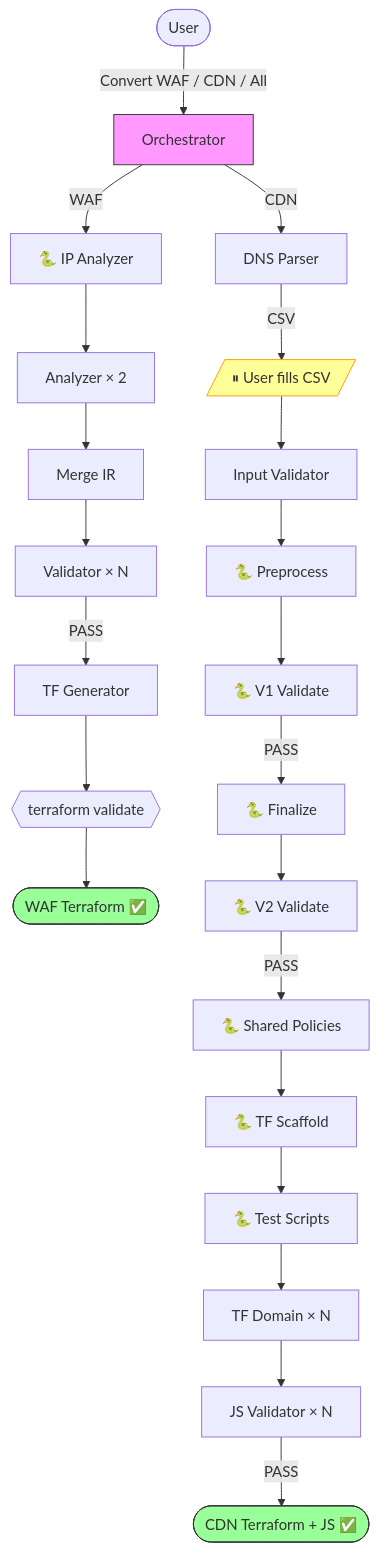
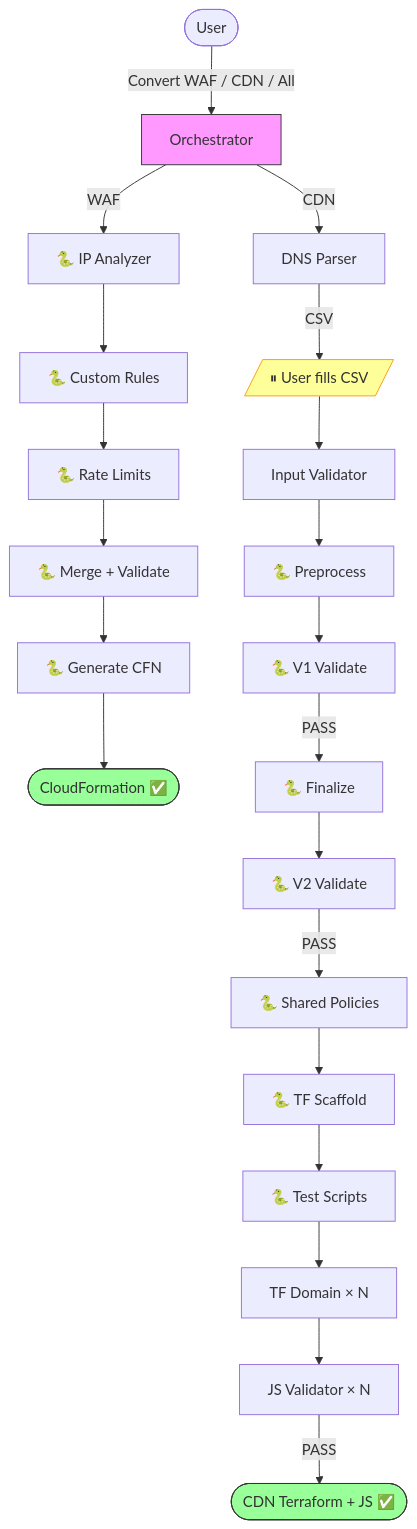
Before and after one commit to chenghit/cloudflare-aws-edge-config-converter: the diagram in README.md, drawn with Mermaid. The commit also changed other lines of this file and 42 other files, not shown here.

First line of the commit message:
feat: replace WAF Terraform generator with CloudFormation (zero-LLM pipeline)

````diff
--- a/README.md
+++ b/README.md
@@ -85,24 +83,24 @@
 ```mermaid
 flowchart TD
     User([User]) -->|"Convert WAF / CDN / All"| Main["Orchestrator"]
 
-    Main -->|WAF| WAF_IP["🐍 IP Analyzer"] --> WAF_A["Analyzer × 2"] --> WAF_M["Merge IR"] --> WAF_V["Validator × N"] -->|PASS| WAF_G["TF Generator"] --> WAF_T{{"terraform validate"}} --> WAF_Done([WAF Terraform ✅])
+    Main -->|WAF| WAF_A1["🐍 IP Analyzer"] --> WAF_A2["🐍 Custom Rules"] --> WAF_A3["🐍 Rate Limits"] --> WAF_M["🐍 Merge + Validate"] --> WAF_G["🐍 Generate CFN"] --> WAF_Done([CloudFormation ✅])
 
     Main -->|CDN| CDN1["DNS Parser"] -->|CSV| Pause[/"⏸ User fills CSV"/]
     Pause --> CDN2["Input Validator"]
     CDN2 --> CDN3["🐍 Preprocess"]
     CDN3 --> CDN4["🐍 V1 Validate"]
     CDN4 -->|PASS| CDN5["🐍 Finalize"]
     CDN5 --> CDN6["🐍 V2 Validate"]
     CDN6 -->|PASS| CDN7["🐍 Shared Policies"]
     CDN7 --> CDN75["🐍 TF Scaffold"]
     CDN75 --> CDN76["🐍 Test Scripts"]
     CDN76 --> CDN8["TF Domain × N"]
     CDN8 --> CDN9["JS Validator × N"]
     CDN9 -->|PASS| CDN_Done([CDN Terraform + JS ✅])
 
     style Main fill:#f9f,stroke:#333
     style Pause fill:#ff9,stroke:#f90
     style WAF_Done fill:#9f9,stroke:#333
     style CDN_Done fill:#9f9,stroke:#333
 ```
````
